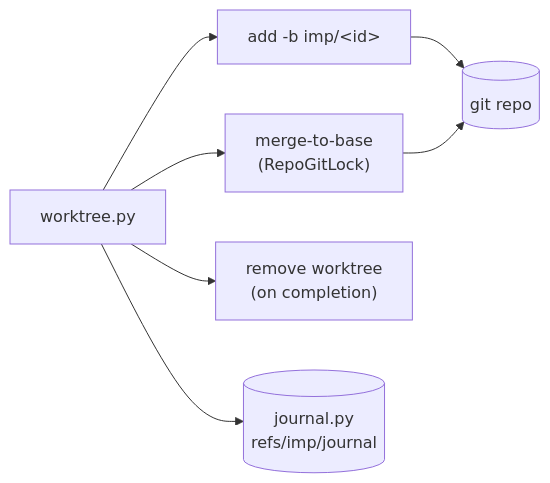
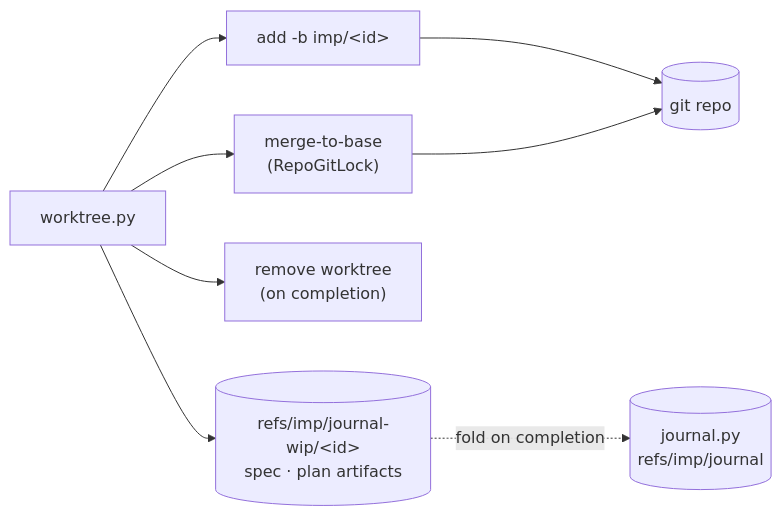
Before and after one commit to jpoimboe/imp: the fifth of 12 diagrams in docs/architecture.md, drawn with Mermaid. The commit also changed other lines of this file, not shown here.

First line of the commit message:
docs: sync architecture.md with default->imp workflow rename and phase rework

````diff
--- a/docs/architecture.md
+++ b/docs/architecture.md
@@ -84,9 +84,10 @@
 ```mermaid
 flowchart LR
   WT["worktree.py"] --> ADD["add -b imp/&lt;id&gt;"]
   WT --> MERGE["merge-to-base<br/>(RepoGitLock)"]
   WT --> RM["remove worktree<br/>(on completion)"]
-  WT --> J[("journal.py<br/>refs/imp/journal")]
+  WT --> WIP[("refs/imp/journal-wip/&lt;id&gt;<br/>spec · plan artifacts")]
+  WIP -. "fold on completion" .-> J[("journal.py<br/>refs/imp/journal")]
   ADD --> REPO[("git repo")]
   MERGE --> REPO
 ```
````
